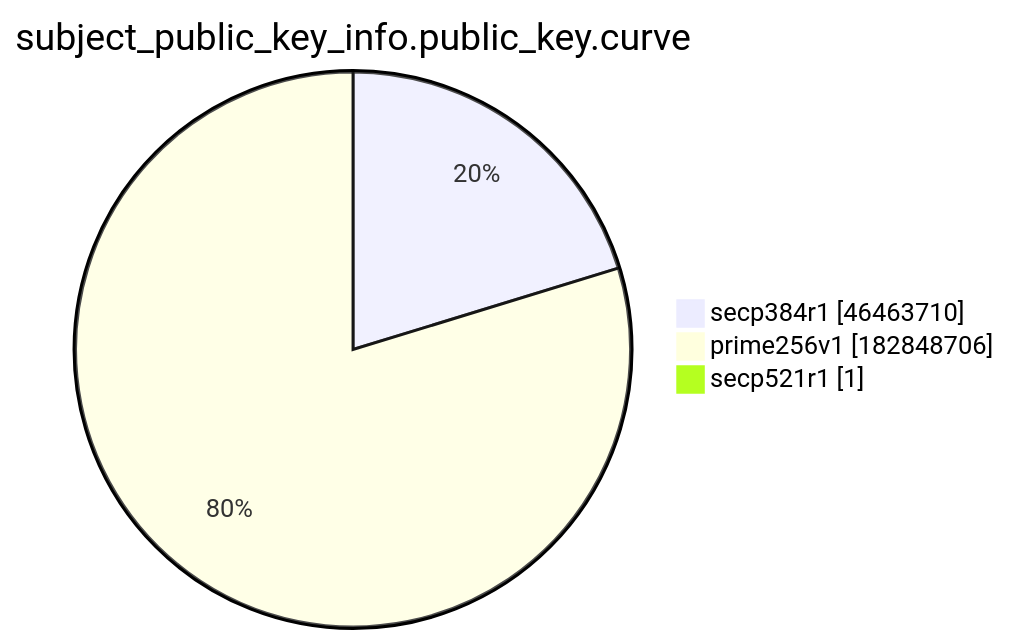
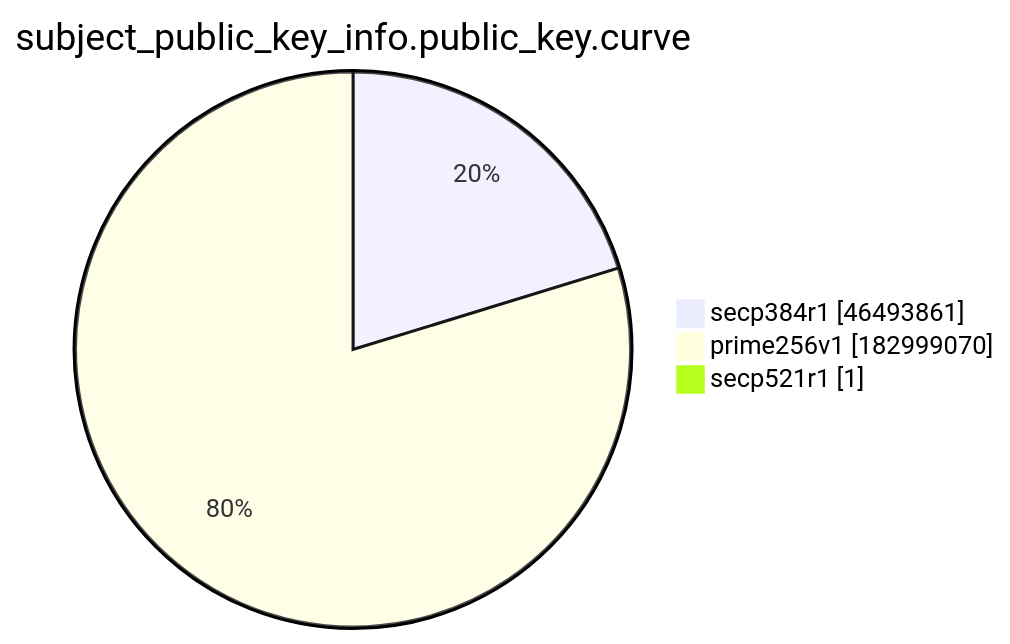
Before and after one commit to christiankrug/ctmonitor_visualization: the ninth of 15 diagrams in xenon2022/README.md, drawn with Mermaid. The commit also changed other lines of this file, not shown here.

````diff
--- a/xenon2022/README.md
+++ b/xenon2022/README.md
@@ -2874,7 +2874,7 @@
 ```mermaid
 pie showData
 title subject_public_key_info.public_key.curve
-"secp384r1" :46463710
-"prime256v1" :182848706
+"secp384r1" :46493861
+"prime256v1" :182999070
 "secp521r1" :1
 ```
````
